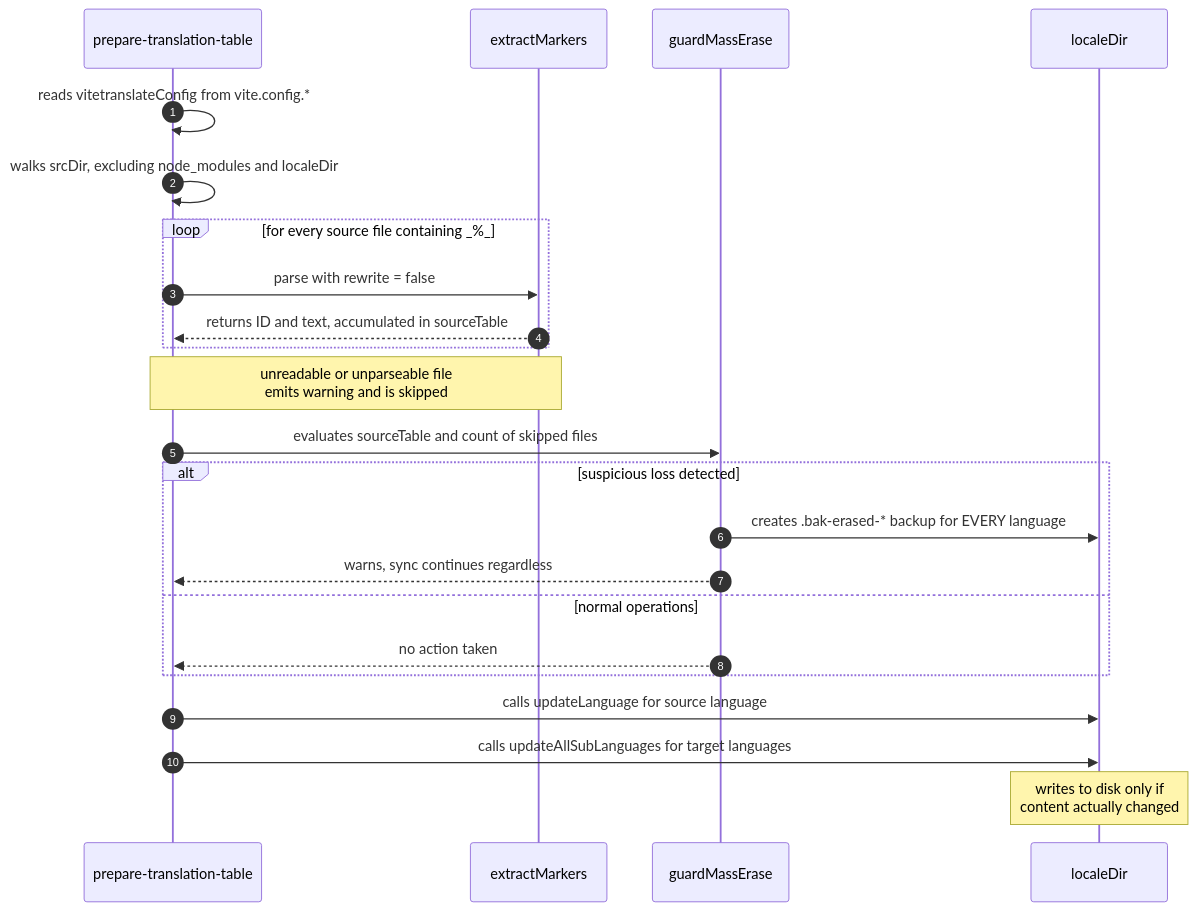
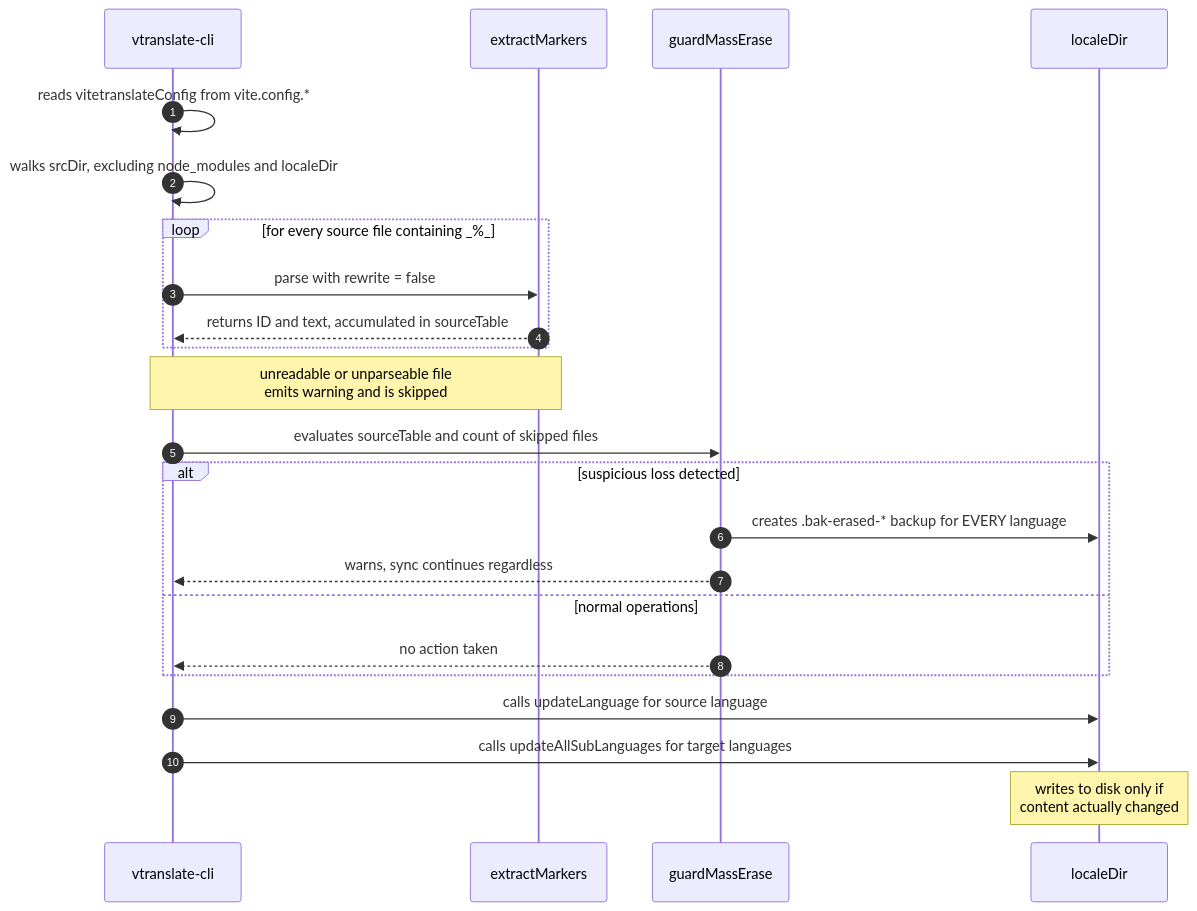
One commit to sepoina/viteTranslate changed the third of 8 diagrams in doc/structure.md. Above: the diagram before and after it, drawn with Mermaid. The commit also changed other lines of this file and 41 other files, not shown here.

````diff
--- a/doc/structure.md
+++ b/doc/structure.md
@@ -187,29 +189,29 @@
 ```mermaid
 sequenceDiagram
   autonumber
-  participant CLI as prepare-translation-table
+  participant CLI as vtranslate-cli
   participant EX as extractMarkers
   participant GU as guardMassErase
   participant LO as localeDir
 
   CLI->>CLI: reads vitetranslateConfig from vite.config.*
   CLI->>CLI: walks srcDir, excluding node_modules and localeDir
 
   loop for every source file containing _%_
     CLI->>EX: parse with rewrite = false
     EX-->>CLI: returns ID and text, accumulated in sourceTable
   end
   Note over CLI,EX: unreadable or unparseable file<br/>emits warning and is skipped
 
   CLI->>GU: evaluates sourceTable and count of skipped files
   alt suspicious loss detected
     GU->>LO: creates .bak-erased-* backup for EVERY language
     GU-->>CLI: warns, sync continues regardless
   else normal operations
     GU-->>CLI: no action taken
   end
 
   CLI->>LO: calls updateLanguage for source language
   CLI->>LO: calls updateAllSubLanguages for target languages
   Note over LO: writes to disk only if<br/>content actually changed
 ```
````
